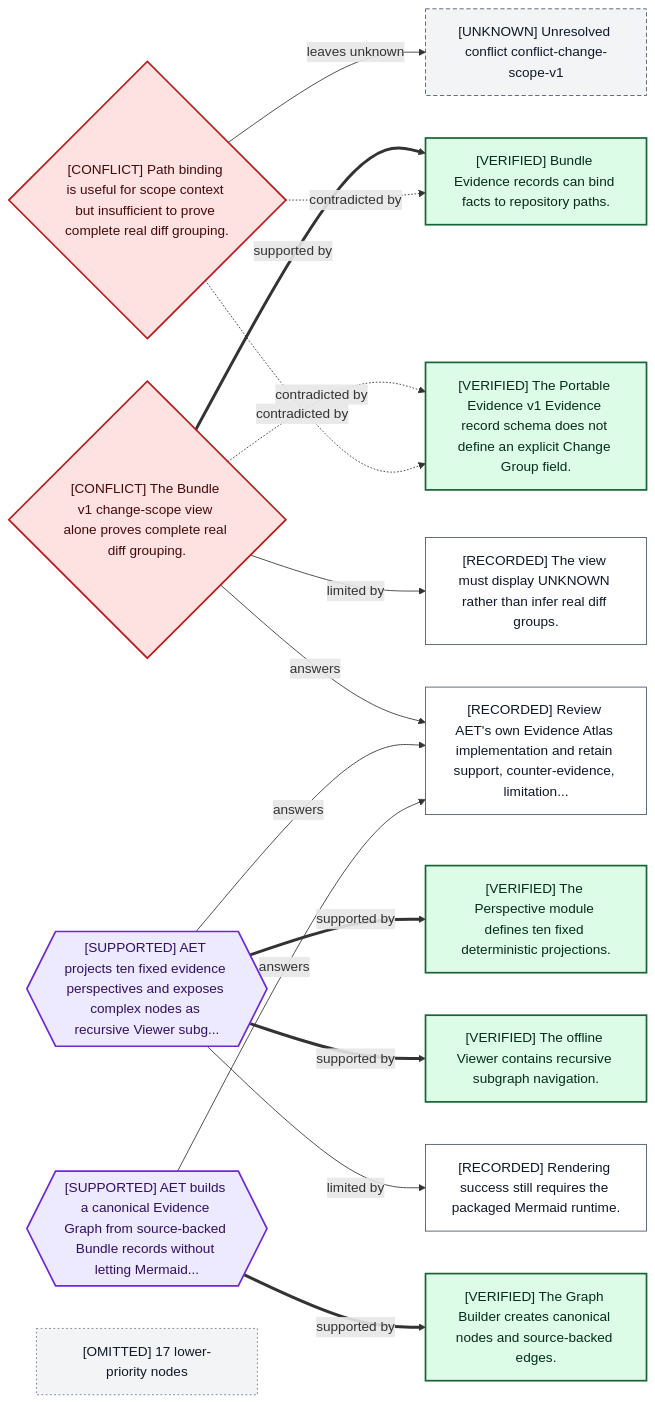
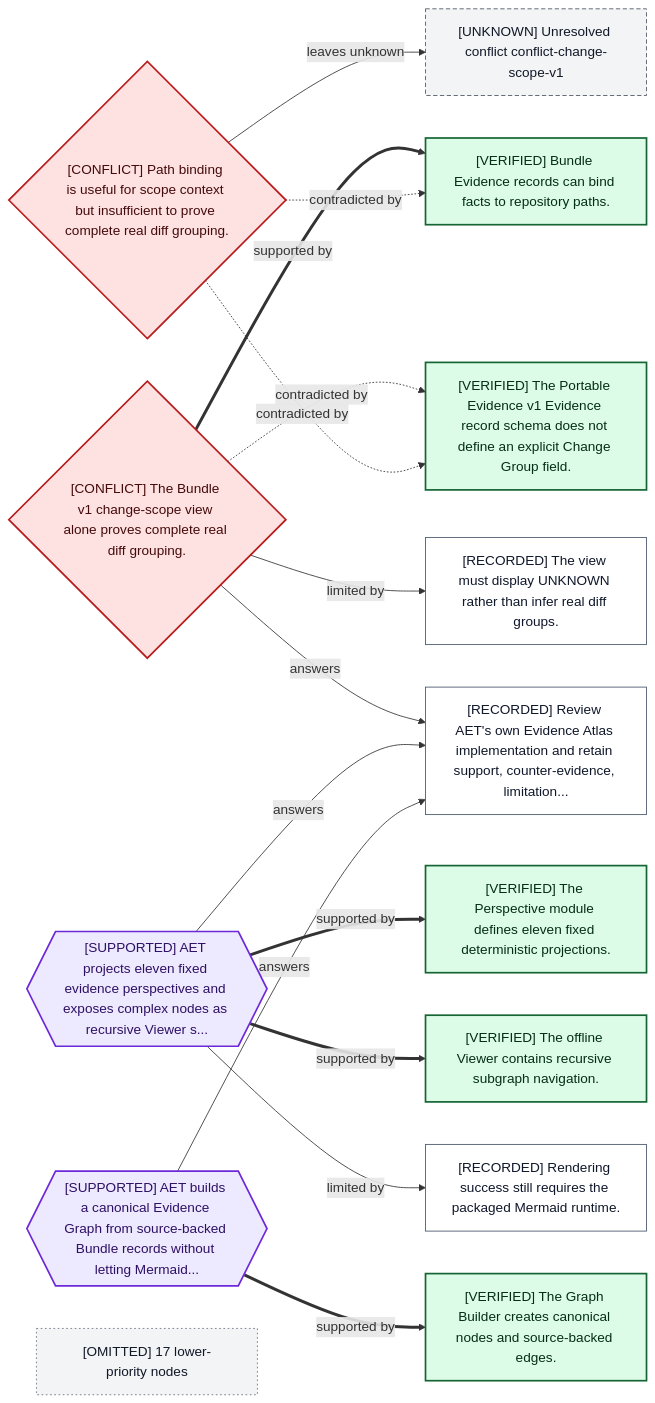
Before and after one commit to AdvancingTitans/agent-engineering-toolkit: the fourth of 4 diagrams in docs/reference/full-product-overview.md, drawn with Mermaid. The commit also changed other lines of this file and 145 other files, not shown here.

Commit message:
release: AET v1.19.0 evidence plane

````diff
--- a/docs/reference/full-product-overview.md
+++ b/docs/reference/full-product-overview.md
@@ -468,56 +505,56 @@
 ```mermaid
 flowchart LR
     %% Evidence Atlas
     N_0b51dce8fe915eda{"[CONFLICT] The Bundle v1 change-scope view alone proves complete real diff grouping."}
-    N_6f91af1641ed1424{{"[SUPPORTED] AET projects ten fixed evidence perspectives and exposes complex nodes as recursive Viewer subg..."}}
+    N_6f91af1641ed1424{{"[SUPPORTED] AET projects eleven fixed evidence perspectives and exposes complex nodes as recursive Viewer s..."}}
     N_8575658723b5d49d{{"[SUPPORTED] AET builds a canonical Evidence Graph from source-backed Bundle records without letting Mermaid..."}}
     N_5522d8dace1cb6e7{"[CONFLICT] Path binding is useful for scope context but insufficient to prove complete real diff grouping."}
     N_ac65699e766edc85["[UNKNOWN] Unresolved conflict conflict-change-scope-v1"]
     N_ef4722a060cacfda["[VERIFIED] Bundle Evidence records can bind facts to repository paths."]
     N_1ded0fae46344828["[VERIFIED] The Portable Evidence v1 Evidence record schema does not define an explicit Change Group field."]
     N_c075a66077dd6940["[VERIFIED] The Graph Builder creates canonical nodes and source-backed edges."]
-    N_e824b2ad012b224e["[VERIFIED] The Perspective module defines ten fixed deterministic projections."]
+    N_e824b2ad012b224e["[VERIFIED] The Perspective module defines eleven fixed deterministic projections."]
     N_a42d56cfe9dff13d["[VERIFIED] The offline Viewer contains recursive subgraph navigation."]
     N_f797fb20a8448aa0["[RECORDED] Review AET's own Evidence Atlas implementation and retain support, counter-evidence, limitation..."]
     N_a17fb3165e6b0db5["[RECORDED] The view must display UNKNOWN rather than infer real diff groups."]
     N_6630b028247f1a08["[RECORDED] Rendering success still requires the packaged Mermaid runtime."]
     N_2eb930959384d64c["[OMITTED] 17 lower-priority nodes"]
     N_0b51dce8fe915eda -.->|"contradicted by"| N_1ded0fae46344828
     N_0b51dce8fe915eda -->|"limited by"| N_a17fb3165e6b0db5
     N_0b51dce8fe915eda ==>|"supported by"| N_ef4722a060cacfda
     N_5522d8dace1cb6e7 -.->|"contradicted by"| N_1ded0fae46344828
     N_5522d8dace1cb6e7 -->|"leaves unknown"| N_ac65699e766edc85
     N_5522d8dace1cb6e7 -.->|"contradicted by"| N_ef4722a060cacfda
     N_6f91af1641ed1424 -->|"limited by"| N_6630b028247f1a08
     N_6f91af1641ed1424 ==>|"supported by"| N_a42d56cfe9dff13d
     N_6f91af1641ed1424 ==>|"supported by"| N_e824b2ad012b224e
     N_8575658723b5d49d ==>|"supported by"| N_c075a66077dd6940
     N_0b51dce8fe915eda -->|"answers"| N_f797fb20a8448aa0
     N_6f91af1641ed1424 -->|"answers"| N_f797fb20a8448aa0
     N_8575658723b5d49d -->|"answers"| N_f797fb20a8448aa0
     classDef verified fill:#dcfce7,stroke:#166534,color:#052e16,stroke-width:2px
     classDef observation fill:#e0f2fe,stroke:#0369a1,color:#082f49
     classDef candidate fill:#fef3c7,stroke:#92400e,color:#451a03,stroke-dasharray:5 3
     classDef supported fill:#ede9fe,stroke:#6d28d9,color:#2e1065,stroke-width:2px
     classDef unsupported fill:#fee2e2,stroke:#b91c1c,color:#450a0a,stroke-width:2px,stroke-dasharray:5 3
     classDef conflict fill:#fee2e2,stroke:#b91c1c,color:#450a0a,stroke-width:2px
     classDef unknown fill:#f3f4f6,stroke:#4b5563,color:#111827,stroke-dasharray:5 3
     classDef stale fill:#ffedd5,stroke:#c2410c,color:#431407,stroke-dasharray:3 3
     classDef authorization fill:#ecfccb,stroke:#3f6212,color:#1a2e05
     classDef omitted fill:#f3f4f6,stroke:#6b7280,color:#111827,stroke-dasharray:2 3
     classDef evidenceDefault fill:#ffffff,stroke:#475569,color:#0f172a
     class N_0b51dce8fe915eda conflict
     class N_6f91af1641ed1424 supported
     class N_8575658723b5d49d supported
     class N_5522d8dace1cb6e7 conflict
     class N_ac65699e766edc85 unknown
     class N_ef4722a060cacfda verified
     class N_1ded0fae46344828 verified
     class N_c075a66077dd6940 verified
     class N_e824b2ad012b224e verified
     class N_a42d56cfe9dff13d verified
     class N_f797fb20a8448aa0 evidenceDefault
     class N_a17fb3165e6b0db5 evidenceDefault
     class N_6630b028247f1a08 evidenceDefault
     class N_2eb930959384d64c omitted
 ```
````
